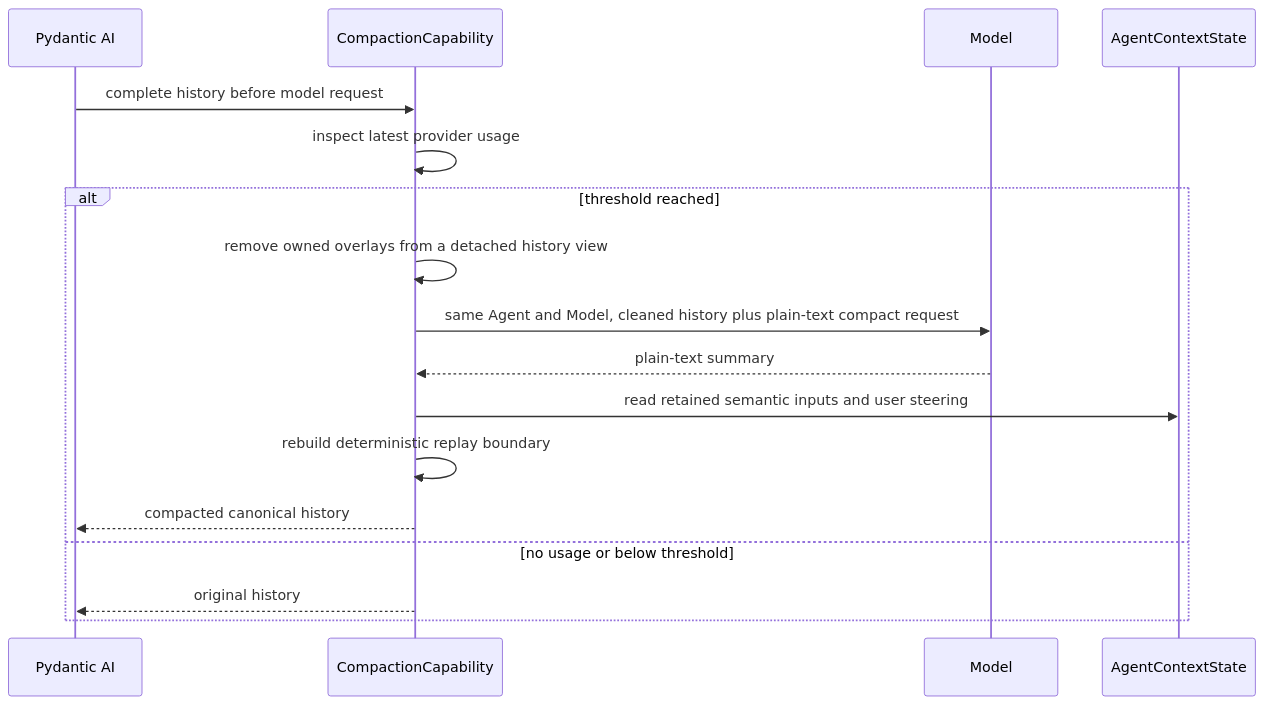
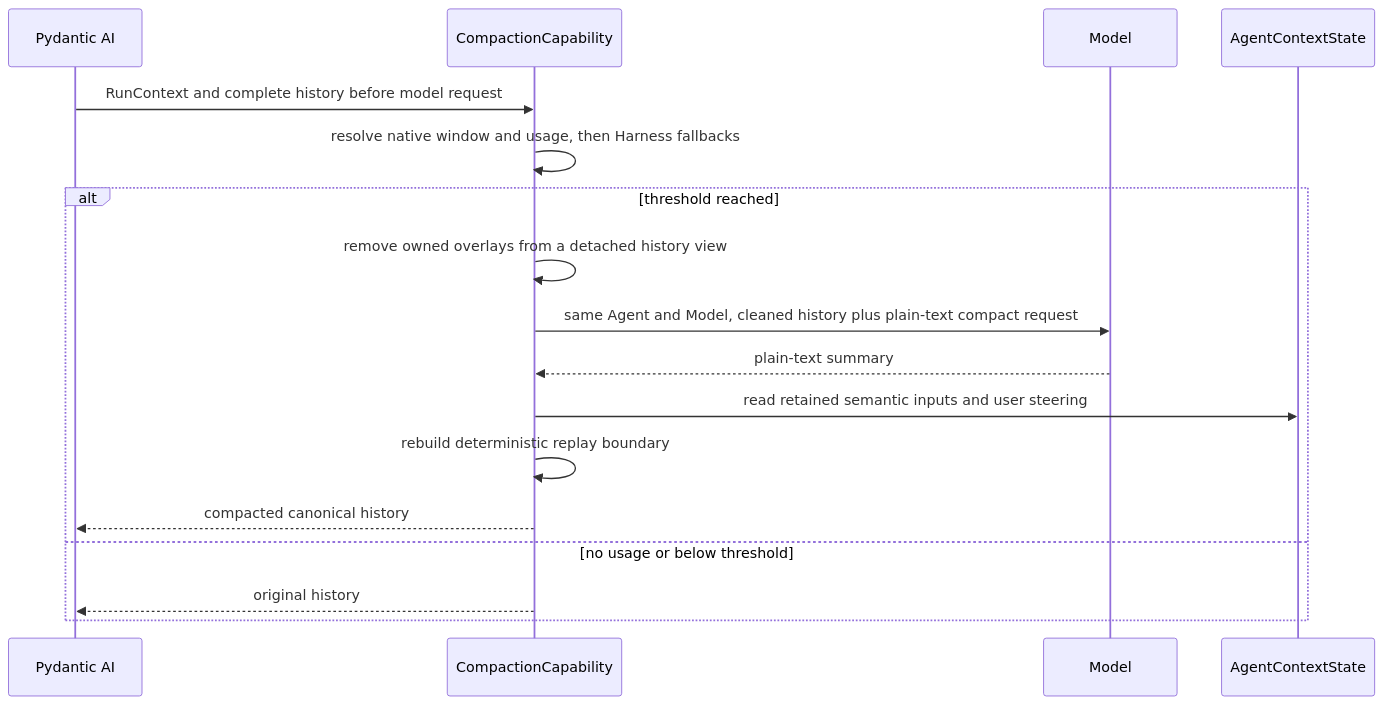
One commit to LTThreeComma/agent-foundation changed the second of 2 diagrams in spec/agent-harness/09-context-and-memory.md. Above: the diagram before and after it, drawn with Mermaid. The commit also changed other lines of this file and 26 other files, not shown here.

````diff
--- a/spec/agent-harness/09-context-and-memory.md
+++ b/spec/agent-harness/09-context-and-memory.md
@@ -314,20 +316,20 @@
 ```mermaid
 sequenceDiagram
     participant PAI as Pydantic AI
     participant Compact as CompactionCapability
     participant Model
     participant State as AgentContextState
 
-    PAI->>Compact: complete history before model request
-    Compact->>Compact: inspect latest provider usage
+    PAI->>Compact: RunContext and complete history before model request
+    Compact->>Compact: resolve native window and usage, then Harness fallbacks
     alt threshold reached
         Compact->>Compact: remove owned overlays from a detached history view
         Compact->>Model: same Agent and Model, cleaned history plus plain-text compact request
         Model-->>Compact: plain-text summary
         Compact->>State: read retained semantic inputs and user steering
         Compact->>Compact: rebuild deterministic replay boundary
         Compact-->>PAI: compacted canonical history
     else no usage or below threshold
         Compact-->>PAI: original history
     end
 ```
````
